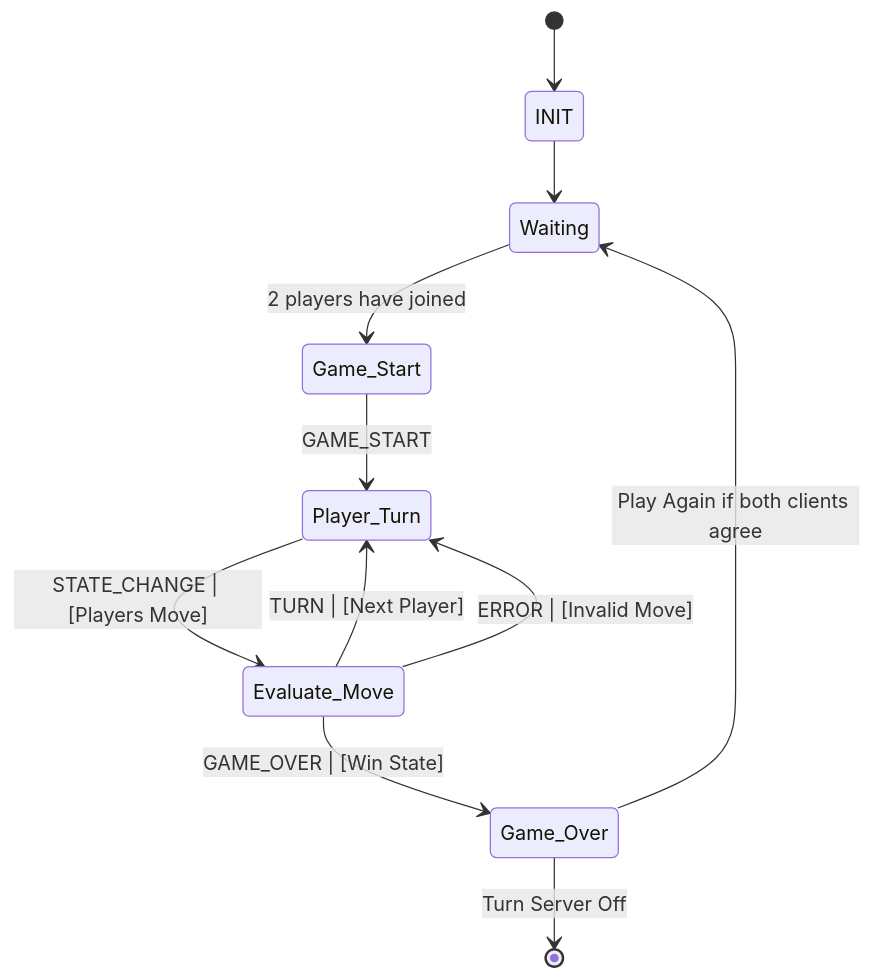
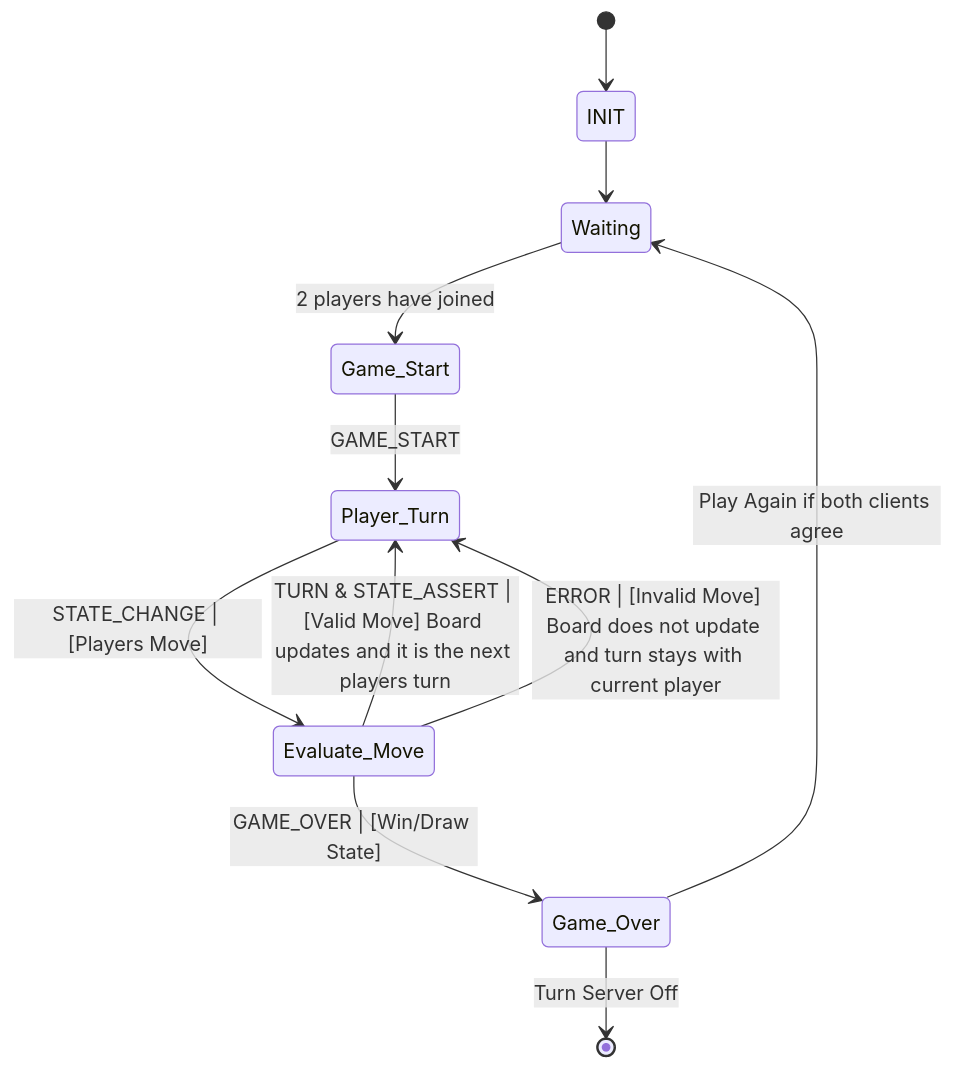
Before and after one commit to Exxabite/CS-457: the diagram in fsm_specification.md, drawn with Mermaid.

Commit message:
Edited FSM to be less ambiguous

````diff
--- a/fsm_specification.md
+++ b/fsm_specification.md
@@ -1,13 +1,13 @@
 ```mermaid
 stateDiagram-v2
     [*] --> INIT
     INIT --> Waiting
     Waiting --> Game_Start: 2 players have joined
     Game_Start --> Player_Turn: GAME_START
     Player_Turn --> Evaluate_Move: STATE_CHANGE | [Players Move]
-    Evaluate_Move --> Player_Turn: TURN | [Next Player]
-    Evaluate_Move --> Player_Turn: ERROR | [Invalid Move]
-    Evaluate_Move --> Game_Over: GAME_OVER | [Win State]
+    Evaluate_Move --> Player_Turn: TURN & STATE_ASSERT | [Valid Move] Board updates and it is the next players turn
+    Evaluate_Move --> Player_Turn: ERROR | [Invalid Move] Board does not update and turn stays with current player
+    Evaluate_Move --> Game_Over: GAME_OVER | [Win/Draw State]
     Game_Over --> [*]: Turn Server Off
     Game_Over --> Waiting: Play Again if both clients agree
 ```
````
